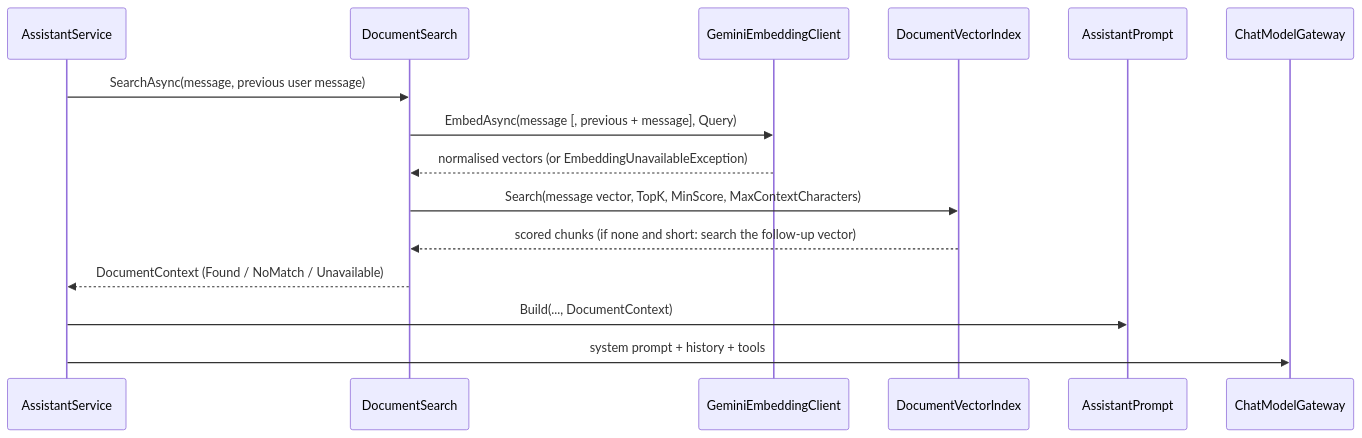
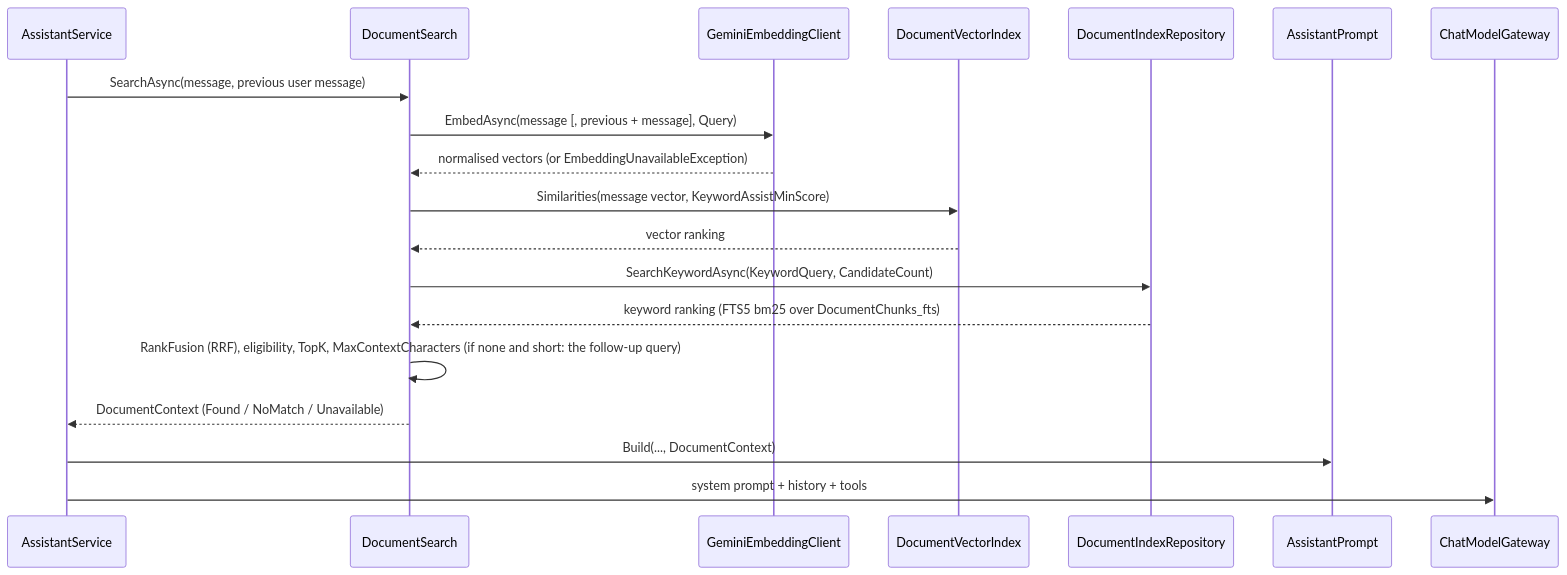
Before and after one commit to jojogeorge3344/TaskFlow-Project: diagram 14 of 16 in TF - Documents/TF - TDD/TDD-TaskFlow.md, drawn with Mermaid. The commit also changed other lines of this file and 25 other files, not shown here.

````diff
--- a/TF - Documents/TF - TDD/TDD-TaskFlow.md
+++ b/TF - Documents/TF - TDD/TDD-TaskFlow.md
@@ -2794,17 +2795,21 @@
 ```mermaid
 sequenceDiagram
   participant S as AssistantService
   participant D as DocumentSearch
   participant E as GeminiEmbeddingClient
   participant V as DocumentVectorIndex
+  participant R as DocumentIndexRepository
   participant P as AssistantPrompt
   participant G as ChatModelGateway
   S->>D: SearchAsync(message, previous user message)
   D->>E: EmbedAsync(message [, previous + message], Query)
   E-->>D: normalised vectors (or EmbeddingUnavailableException)
-  D->>V: Search(message vector, TopK, MinScore, MaxContextCharacters)
-  V-->>D: scored chunks (if none and short: search the follow-up vector)
+  D->>V: Similarities(message vector, KeywordAssistMinScore)
+  V-->>D: vector ranking
+  D->>R: SearchKeywordAsync(KeywordQuery, CandidateCount)
+  R-->>D: keyword ranking (FTS5 bm25 over DocumentChunks_fts)
+  D->>D: RankFusion (RRF), eligibility, TopK, MaxContextCharacters (if none and short: the follow-up query)
   D-->>S: DocumentContext (Found / NoMatch / Unavailable)
   S->>P: Build(..., DocumentContext)
   S->>G: system prompt + history + tools
 ```
````
